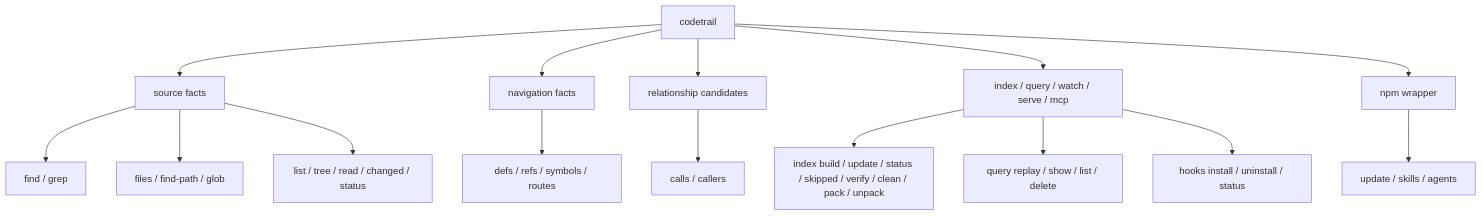
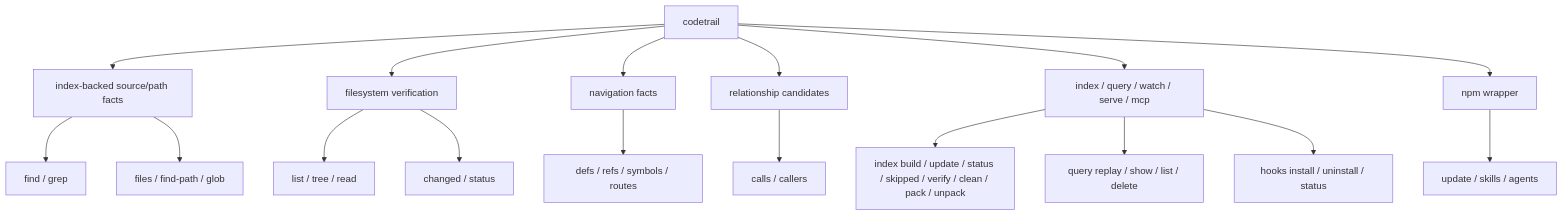
The first of 2 diagrams in docs/02-command-contract.md (mars167/CodeTrail), drawn with Mermaid before and after one commit. The commit also changed other lines of this file and 10 other files, not shown here.

Commit message:
Clarify index-backed agent guidance

````diff
--- a/docs/02-command-contract.md
+++ b/docs/02-command-contract.md
@@ -7,18 +7,20 @@
 ```mermaid
 flowchart TB
-  CS["codetrail"] --> L0["source facts"]
+  CS["codetrail"] --> L0["index-backed source/path facts"]
+  CS --> FS["filesystem verification"]
   CS --> L1["navigation facts"]
   CS --> L2["relationship candidates"]
   CS --> Ops["index / query / watch / serve / mcp"]
   CS --> Wrapper["npm wrapper"]
 
   L0 --> Search["find / grep"]
   L0 --> Paths["files / find-path / glob"]
-  L0 --> Read["list / tree / read / changed / status"]
+  FS --> Read["list / tree / read"]
+  FS --> State["changed / status"]
   L1 --> Nav["defs / refs / symbols / routes"]
   L2 --> Calls["calls / callers"]
   Ops --> Index["index build / update / status / skipped / verify / clean / pack / unpack"]
   Ops --> Query["query replay / show / list / delete"]
   Ops --> Hooks["hooks install / uninstall / status"]
   Wrapper --> WrapperCmds["update / skills / agents"]
 ```
````
